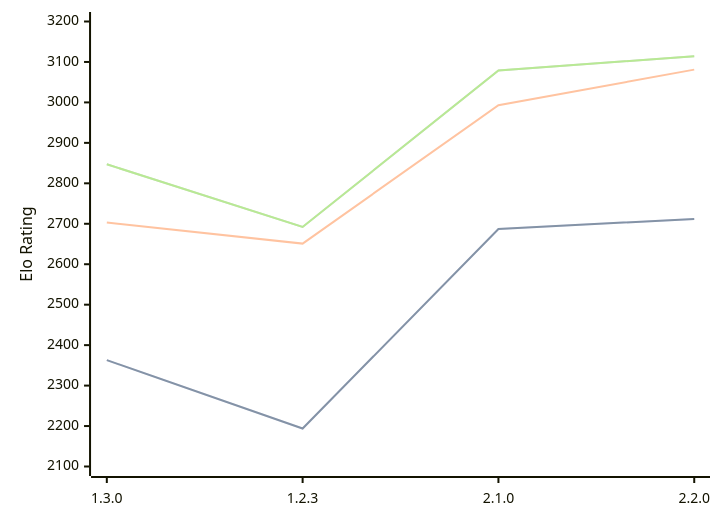
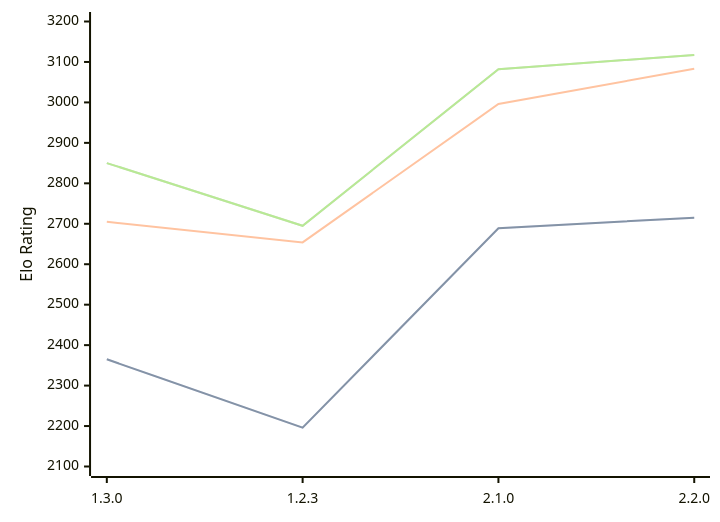
The diagram in engines/Aspen.md (computer-chess-index/cci), drawn with Mermaid before and after one commit. The commit also changed other lines of this file, not shown here.

Commit message:
Update CCI Ratings (ELO VLTC) - 2026-09-24

````diff
--- a/engines/Aspen.md
+++ b/engines/Aspen.md
@@ -43,11 +43,11 @@
 ```mermaid
 %%{init: {"theme":"base","themeVariables":{"seriesColors:['#a3a3a3','#222221','#faa371']}}}%%
 xychart-beta
   x-axis ["1.3.0", "1.2.3", "2.1.0", "2.2.0"]
   y-axis "Elo Rating" 2100 --> 3200
-  line "" [2363, 2194, 2687, 2712]
-  line "STC (8.0+0.08s)" [2363, 2194, 2687, 2712]
-  line "LTC (60.0+0.60s)" [2703, 2651, 2993, 3081]
-  line "" [2847, 2692, 3079, 3114]
-  line "VLTC (2m24s+1.12s)" [2847, 2692, 3079, 3114]
+  line "" [2365, 2196, 2689, 2715]
+  line "STC (8.0+0.08s)" [2365, 2196, 2689, 2715]
+  line "LTC (60.0+0.60s)" [2705, 2654, 2996, 3083]
+  line "" [2850, 2695, 3082, 3117]
+  line "VLTC (2m24s+1.12s)" [2850, 2695, 3082, 3117]
 ```
````
